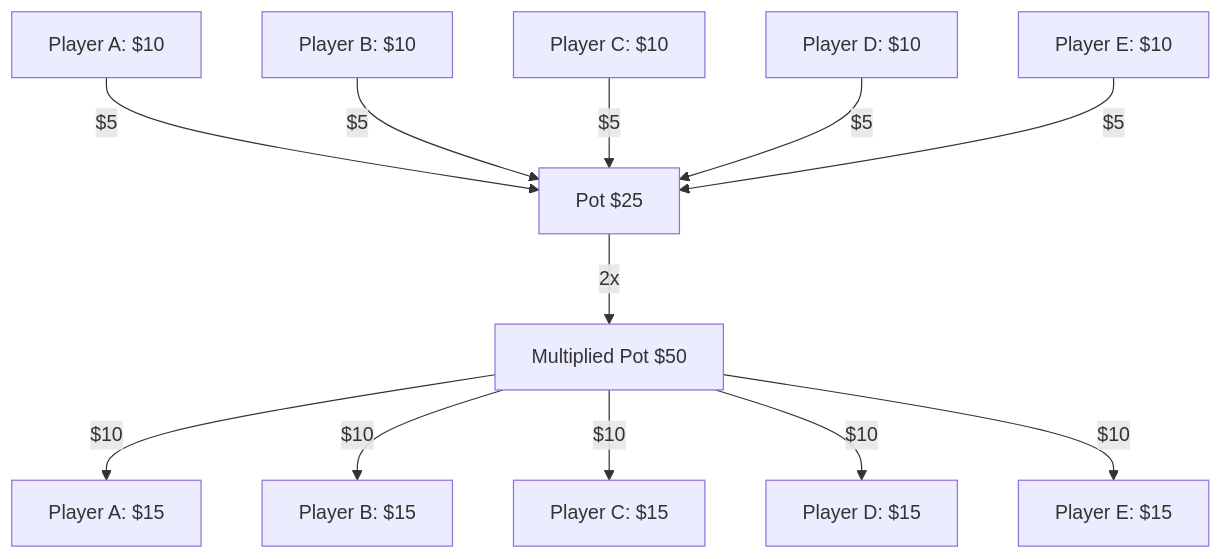
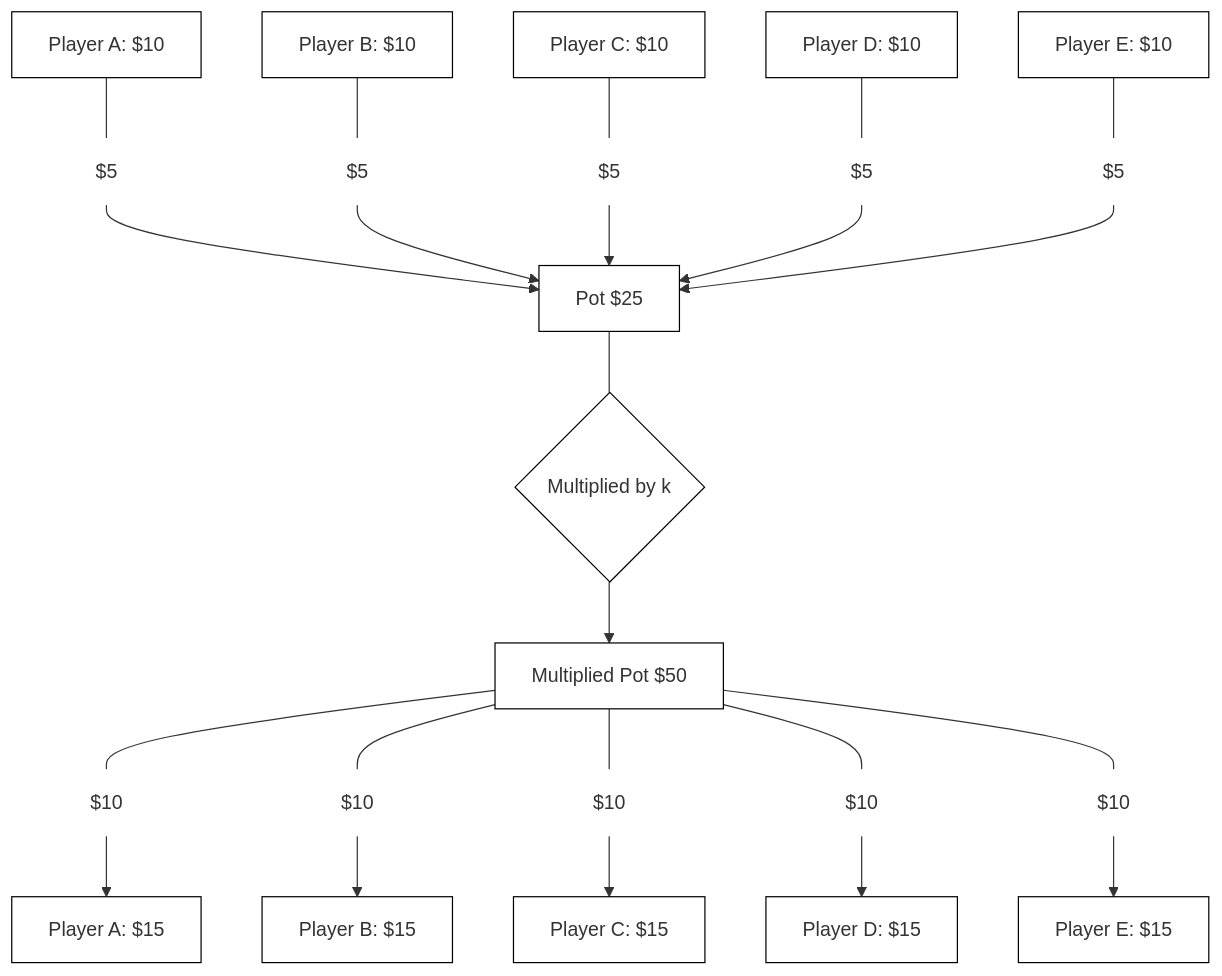
Before and after one commit to jasonacollins/behaviouraleconomics: the first of 3 diagrams in game-theory/simultaneous-move-one-shot-games.qmd, drawn with Mermaid. The commit also changed other lines of this file and 72 other files, not shown here.

````diff
--- a/game-theory/simultaneous-move-one-shot-games.qmd
+++ b/game-theory/simultaneous-move-one-shot-games.qmd
@@ -139,20 +139,30 @@
 ```{mermaid}
 %%| fig-width: 5
+%%| label: public-goods-game
+%%| fig-cap: The public goods game
+%%| mermaid-format: png
 
 graph TD
+    classDef default fill:#FFF
 
-A[Player A: $10] -->|$5| F[Pot $25]
-B[Player B: $10] -->|$5| F[Pot $25]
-C[Player C: $10] -->|$5| F[Pot $25]
-D[Player D: $10] -->|$5| F[Pot $25]
-E[Player E: $10] -->|$5| F[Pot $25]
+    A[Player A: $10] ---F[$5] --> K[Pot $25]
+    B[Player B: $10] ---G[$5] --> K
+    C[Player C: $10] ---H[$5] --> K
+    D[Player D: $10] ---I[$5] --> K
+    E[Player E: $10] ---J[$5] --> K
 
-F -->|2x| G[Multiplied Pot $50]
+    K  ---L{Multiplied by k} --> M[Multiplied Pot $50]
 
-G -->|$10| H[Player A: $15]
-G -->|$10| I[Player B: $15]
-G -->|$10| J[Player C: $15]
-G -->|$10| K[Player D: $15]
-G -->|$10| L[Player E: $15]
+    M --- N[$10] -->S[Player A: $15]
+    M --- O[$10] -->T[Player B: $15]
+    M --- P[$10] -->U[Player C: $15]
+    M --- Q[$10] -->V[Player D: $15]
+    M --- R[$10] -->W[Player E: $15]
+
+    classDef node fill:#FFF, stroke:#000;
+    class A,B,C,D,E,S,T,U,V,W node;
+
+    classDef edge fill:#FFF, stroke:#FFF;
+    class F,G,H,I,J,N,O,P,Q,R edge;
 
 ```
````
